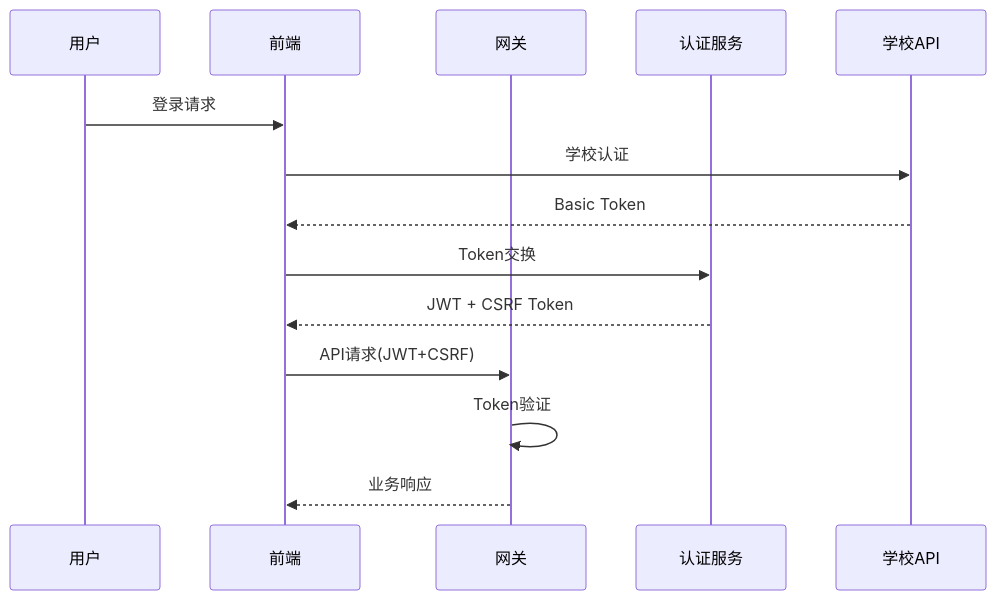
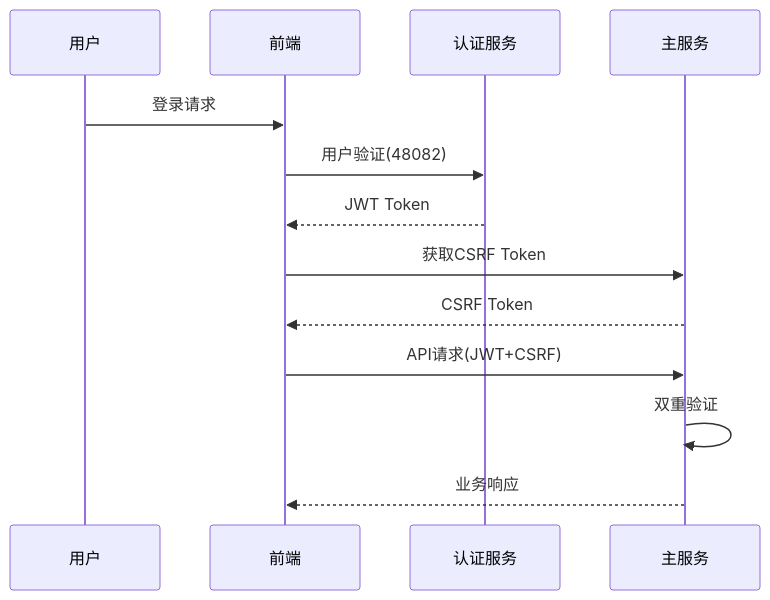
One commit to zhenzhu143321/hxci-campus-portal-system changed the diagram in gemini.md. Above: the diagram before and after it, drawn with Mermaid. The commit also changed other lines of this file and 78 other files, not shown here.

````diff
--- a/gemini.md
+++ b/gemini.md
@@ -213,17 +213,16 @@
 ```mermaid
 sequenceDiagram
     participant U as 用户
     participant F as 前端
-    participant G as 网关
     participant A as 认证服务
-    participant S as 学校API
+    participant M as 主服务
 
     U->>F: 登录请求
-    F->>S: 学校认证
-    S-->>F: Basic Token
-    F->>A: Token交换
-    A-->>F: JWT + CSRF Token
-    F->>G: API请求(JWT+CSRF)
-    G->>G: Token验证
-    G-->>F: 业务响应
+    F->>A: 用户验证(48082)
+    A-->>F: JWT Token
+    F->>M: 获取CSRF Token
+    M-->>F: CSRF Token
+    F->>M: API请求(JWT+CSRF)
+    M->>M: 双重验证
+    M-->>F: 业务响应
 ```
````
